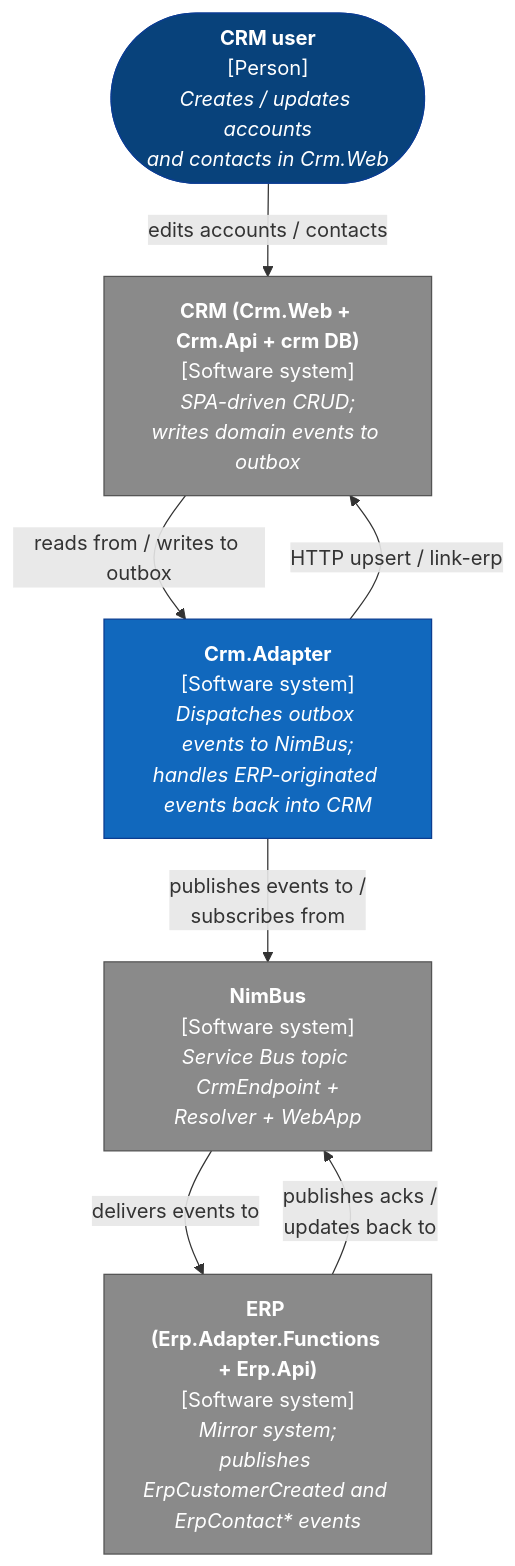
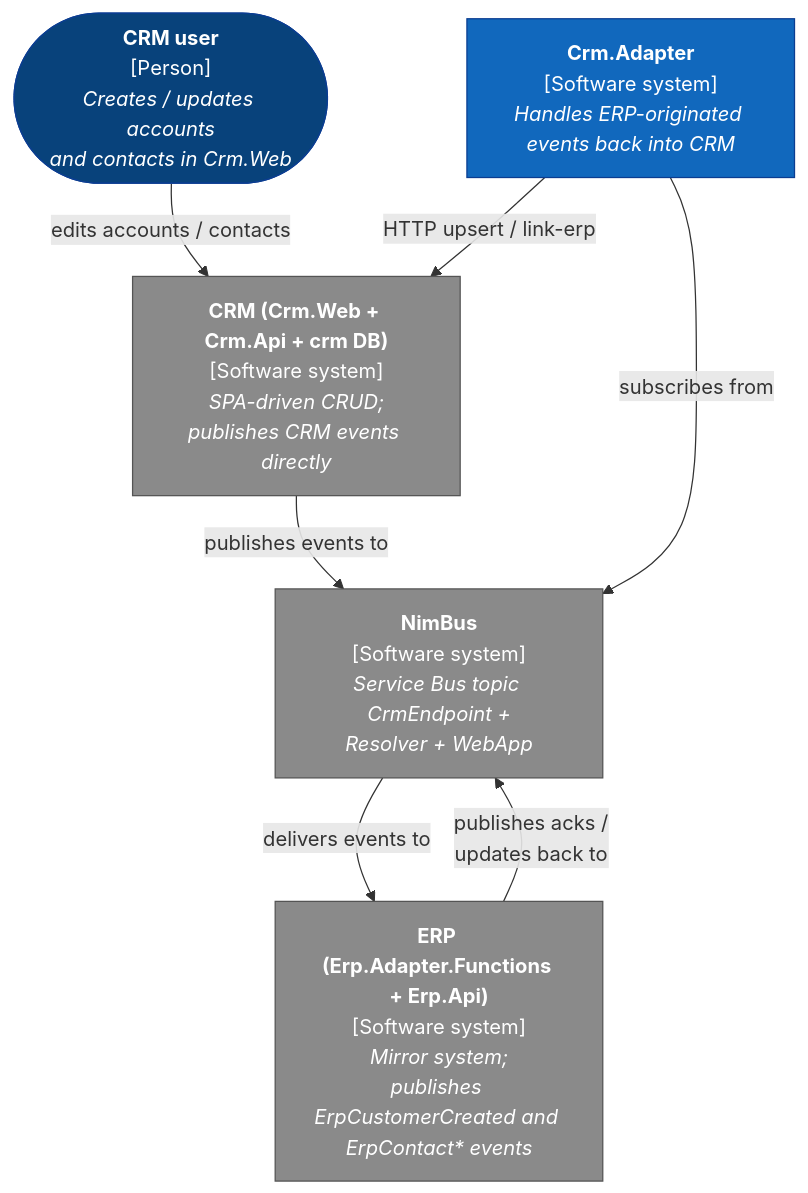
Before and after one commit to akakaule/NimBus: the first of 5 diagrams in samples/CrmErpDemo/Crm.Adapter/docs/TDD.md, drawn with Mermaid. The commit also changed other lines of this file and 18 other files, not shown here.

First line of the commit message:
refactor(samples): CrmErpDemo CRM-side publishes directly; outbox demo lives on ERP

````diff
--- a/samples/CrmErpDemo/Crm.Adapter/docs/TDD.md
+++ b/samples/CrmErpDemo/Crm.Adapter/docs/TDD.md
@@ -76,24 +73,24 @@
 ```mermaid
 graph TB
     user(["<b>CRM user</b><br/>[Person]<br/><i>Creates / updates accounts<br/>and contacts in Crm.Web</i>"])
 
-    crm["<b>CRM (Crm.Web + Crm.Api + crm DB)</b><br/>[Software system]<br/><i>SPA-driven CRUD;<br/>writes domain events to outbox</i>"]
-    adapter["<b>Crm.Adapter</b><br/>[Software system]<br/><i>Dispatches outbox events to NimBus;<br/>handles ERP-originated events back into CRM</i>"]
+    crm["<b>CRM (Crm.Web + Crm.Api + crm DB)</b><br/>[Software system]<br/><i>SPA-driven CRUD;<br/>publishes CRM events directly</i>"]
+    adapter["<b>Crm.Adapter</b><br/>[Software system]<br/><i>Handles ERP-originated events back into CRM</i>"]
     nimbus["<b>NimBus</b><br/>[Software system]<br/><i>Service Bus topic CrmEndpoint +<br/>Resolver + WebApp</i>"]
     erp["<b>ERP (Erp.Adapter.Functions + Erp.Api)</b><br/>[Software system]<br/><i>Mirror system;<br/>publishes ErpCustomerCreated and ErpContact* events</i>"]
 
     user -->|edits accounts / contacts| crm
-    crm -->|reads from / writes to outbox| adapter
-    adapter -->|publishes events to /<br/>subscribes from| nimbus
+    crm -->|publishes events to| nimbus
+    adapter -->|subscribes from| nimbus
     nimbus -->|delivers events to| erp
     erp -->|publishes acks /<br/>updates back to| nimbus
     adapter -->|HTTP upsert / link-erp| crm
 
     classDef person    fill:#08427b,stroke:#0b3d91,color:#ffffff
     classDef system    fill:#1168bd,stroke:#0b3d91,color:#ffffff
     classDef external  fill:#8a8a8a,stroke:#545454,color:#ffffff
 
     class user person
     class adapter system
     class crm,nimbus,erp external
 ```
````
